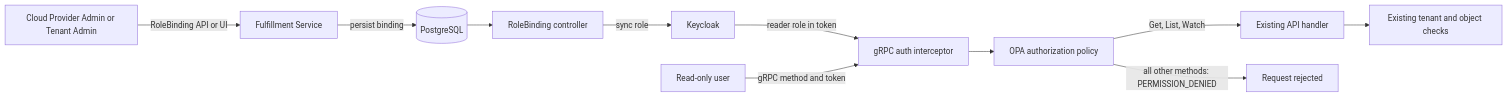
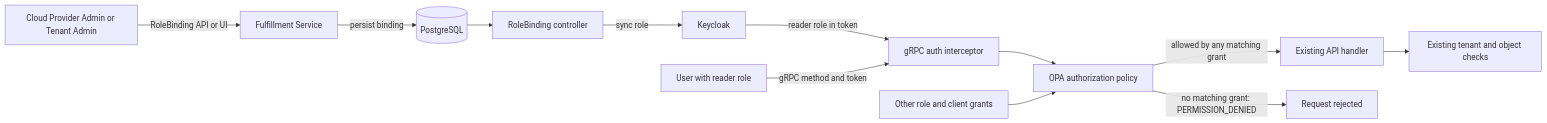
Before and after one commit to DakCrowder/enhancement-proposals: the diagram in enhancements/OSAC-6211-assign-read-only-api-permissions-to-users/design.md, drawn with Mermaid. The commit also changed other lines of this file and 1 other file, not shown here.

Commit message:
OSAC-6211: Clarify additive reader role grants

```diff
--- a/enhancements/OSAC-6211-assign-read-only-api-permissions-to-users/design.md
+++ b/enhancements/OSAC-6211-assign-read-only-api-permissions-to-users/design.md
@@ -80,13 +89,14 @@
 ~~~mermaid
 flowchart LR
   Admin[Cloud Provider Admin or Tenant Admin] -->|RoleBinding API or UI| Fulfillment[Fulfillment Service]
   Fulfillment -->|persist binding| DB[(PostgreSQL)]
   DB --> Controller[RoleBinding controller]
   Controller -->|sync role| Keycloak
   Keycloak -->|reader role in token| Interceptor[gRPC auth interceptor]
-  User[Read-only user] -->|gRPC method and token| Interceptor
+  User[User with reader role] -->|gRPC method and token| Interceptor
   Interceptor --> OPA[OPA authorization policy]
-  OPA -->|Get, List, Watch| Handler[Existing API handler]
+  Existing[Other role and client grants] --> OPA
+  OPA -->|allowed by any matching grant| Handler[Existing API handler]
   Handler --> Scope[Existing tenant and object checks]
-  OPA -->|all other methods: PERMISSION_DENIED| Denied[Request rejected]
+  OPA -->|no matching grant: PERMISSION_DENIED| Denied[Request rejected]
 ~~~
```
